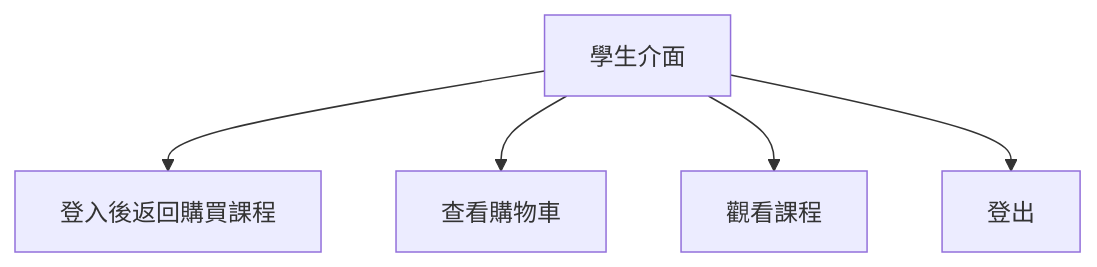
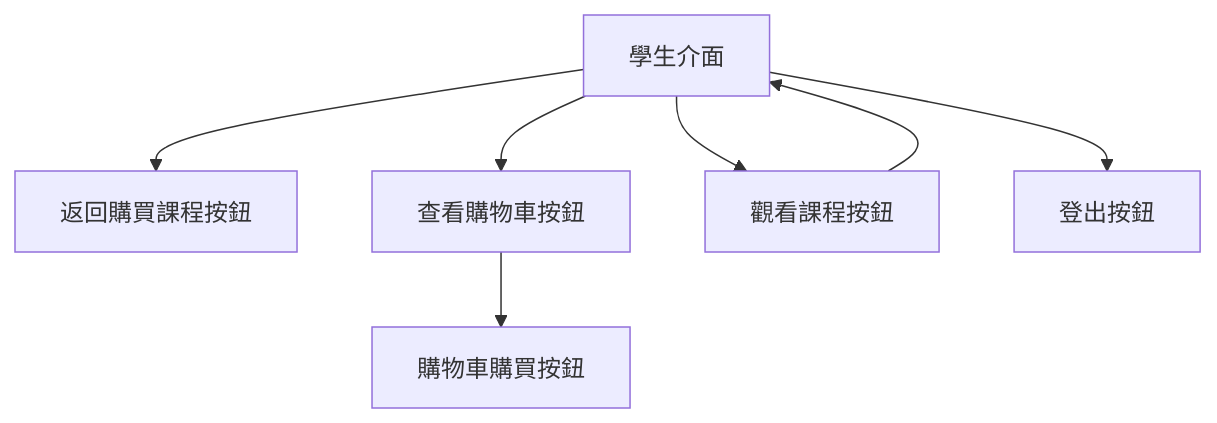
Before and after one commit to HE-SHU-WEI/xiaokuan: the second of 4 diagrams in README.md, drawn with Mermaid. The commit also changed other lines of this file, not shown here.

````diff
--- a/README.md
+++ b/README.md
@@ -24,9 +26,11 @@
 ```mermaid
 graph TD;
 
-S[學生介面]-->登入後返回購買課程
-S-->查看購物車
-S-->觀看課程
-S-->登出
+S[學生介面]-->返回購買課程按鈕
+S-->查看購物車按鈕-->購物車購買按鈕
+S-->觀看課程按鈕-->
+S-->登出按鈕
+
+
 
 ```
````
